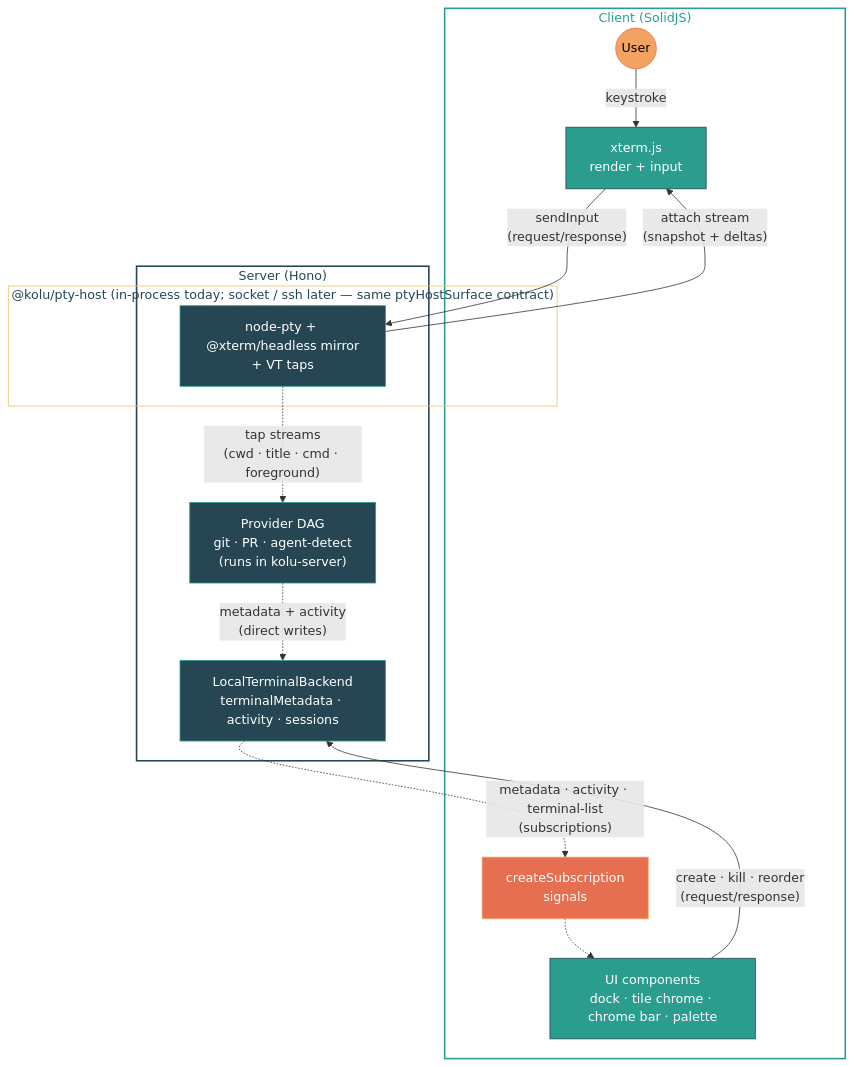
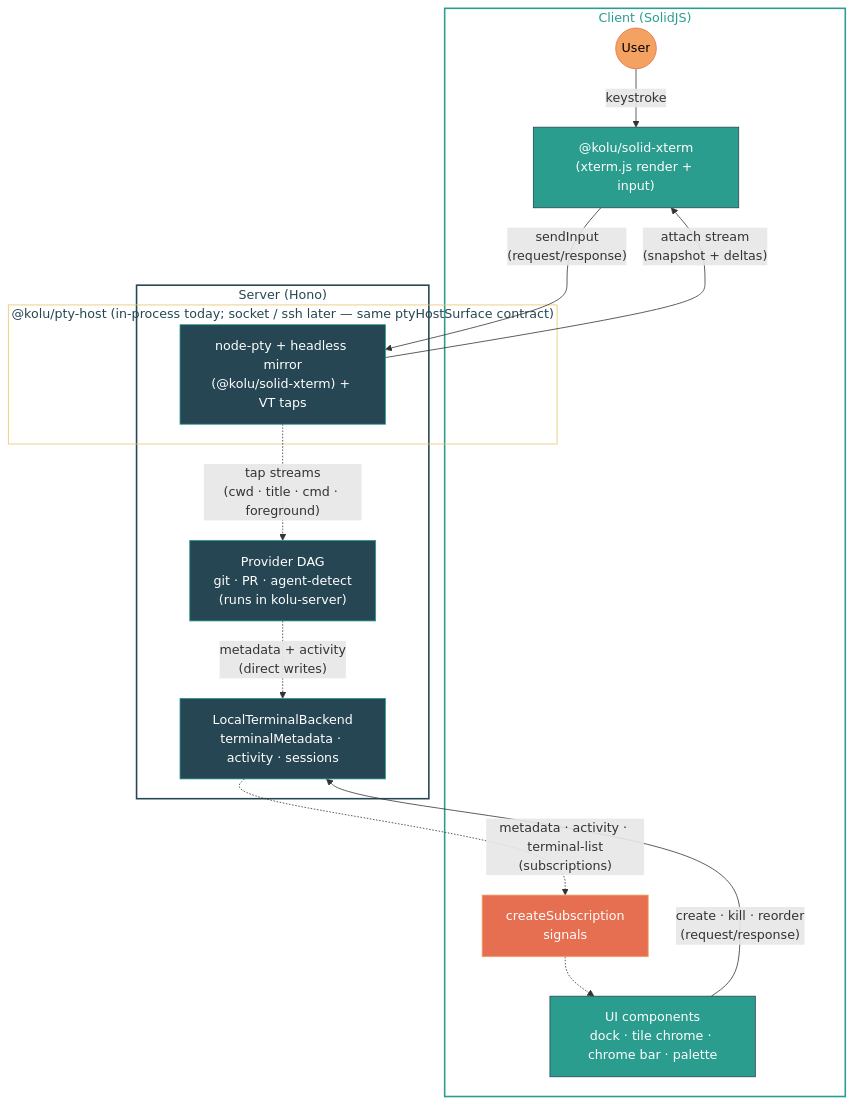
Before and after one commit to juspay/kolu: the diagram in README.md, drawn with Mermaid. The commit also changed other lines of this file and 5 other files, not shown here.

````diff
--- a/README.md
+++ b/README.md
@@ -232,40 +232,40 @@
 ```mermaid
 flowchart TB
   subgraph Client["Client (SolidJS)"]
     User((User)):::user
-    Xterm["xterm.js\nrender + input"]:::client
+    Xterm["@kolu/solid-xterm\n(xterm.js render + input)"]:::client
     Subs["createSubscription\nsignals"]:::cache
     UI["UI components\ndock · tile chrome · chrome bar · palette"]:::client
   end
 
   subgraph Server["Server (Hono)"]
     subgraph PtyHost["@kolu/pty-host (in-process today; socket / ssh later — same ptyHostSurface contract)"]
-      Host["node-pty + @xterm/headless mirror\n+ VT taps"]:::server
+      Host["node-pty + headless mirror\n(@kolu/solid-xterm) + VT taps"]:::server
     end
     Providers["Provider DAG\ngit · PR · agent-detect\n(runs in kolu-server)"]:::server
     Backend["LocalTerminalBackend\nterminalMetadata · activity · sessions"]:::server
   end
 
   %% Terminal I/O loop (through the ptyHostSurface contract)
   User -->|"keystroke"| Xterm
   Xterm -->|"sendInput\n(request/response)"| Host
   Host -->|"attach stream\n(snapshot + deltas)"| Xterm
 
   %% Metadata loop
   Host -.->|"tap streams\n(cwd · title · cmd · foreground)"| Providers
   Providers -.->|"metadata + activity\n(direct writes)"| Backend
   Backend -.->|"metadata · activity · terminal-list\n(subscriptions)"| Subs
   Subs -.-> UI
 
   %% User actions
   UI -->|"create · kill · reorder\n(request/response)"| Backend
 
   classDef user fill:#f4a261,stroke:#e76f51,color:#000
   classDef client fill:#2a9d8f,stroke:#264653,color:#fff
   classDef cache fill:#e76f51,stroke:#f4a261,color:#fff
   classDef server fill:#264653,stroke:#2a9d8f,color:#fff
 
   style Client fill:none,stroke:#2a9d8f,stroke-width:2px,color:#2a9d8f
   style Server fill:none,stroke:#264653,stroke-width:2px,color:#264653
   style PtyHost fill:none,stroke:#e9c46a,stroke-width:1px,color:#264653
 ```
````
